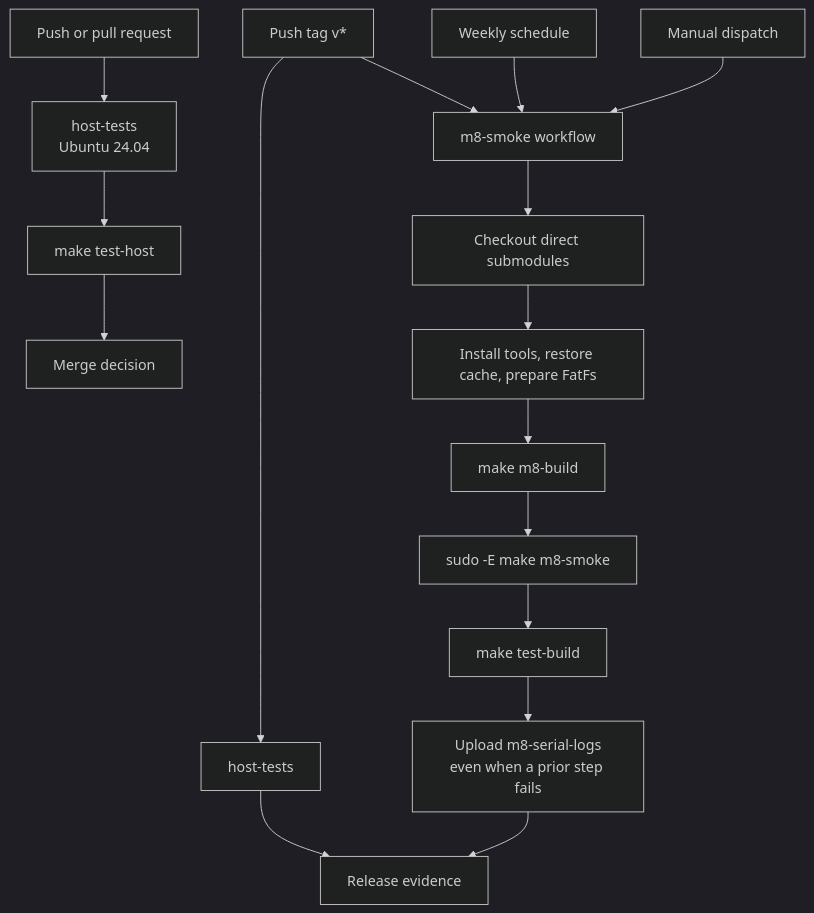
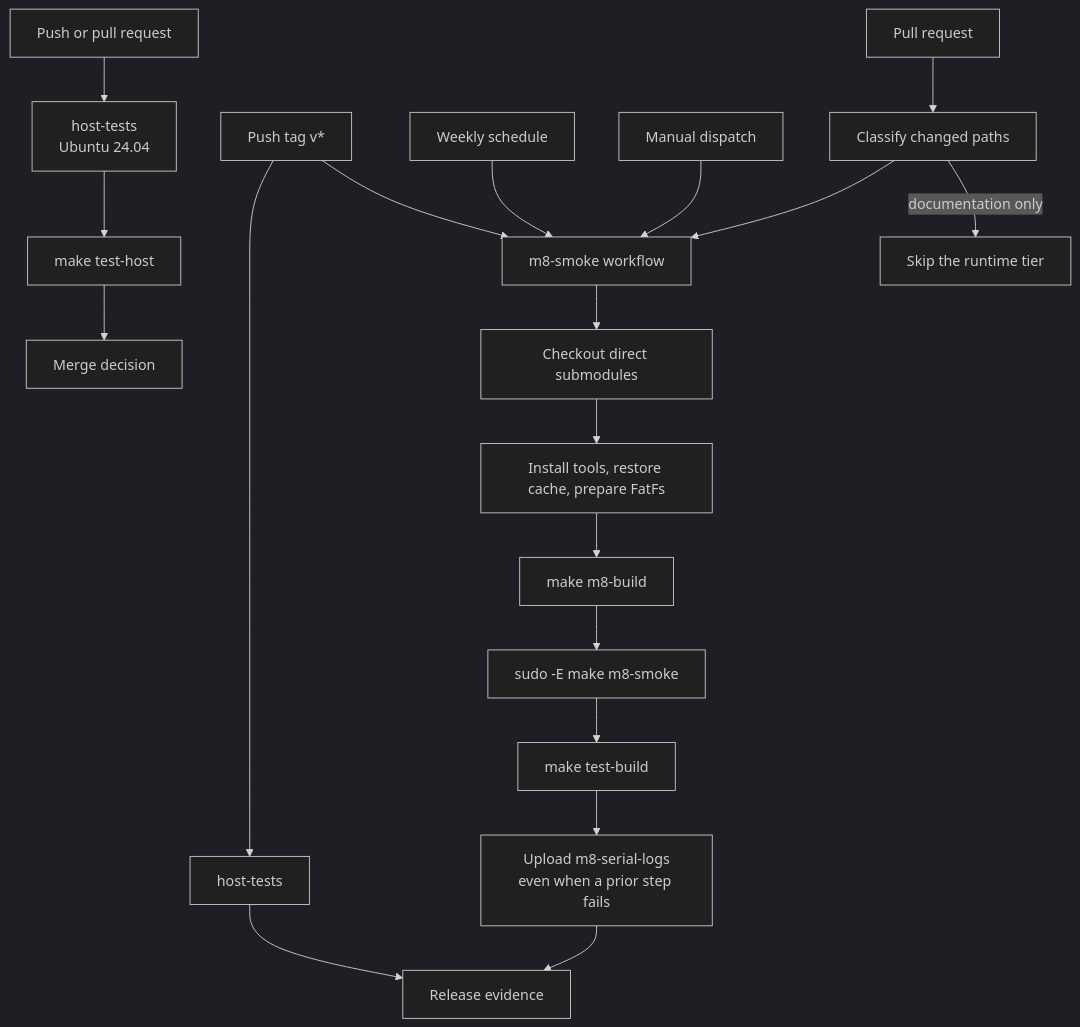
Before and after one commit to Quchaosheng/quard-star-riscv64-net: the sixth of 7 diagrams in README.md, drawn with Mermaid (dark theme). The commit also changed other lines of this file and 10 other files, not shown here.

````diff
--- a/README.md
+++ b/README.md
@@ -294,21 +294,24 @@
 ```mermaid
 flowchart TD
     CHANGE["Push or pull request"] --> HOST["host-tests<br/>Ubuntu 24.04"]
     HOST --> UNIT["make test-host"]
 
     TAG["Push tag v*"] --> TAGHOST["host-tests"]
     TAG --> M8["m8-smoke workflow"]
     WEEKLY["Weekly schedule"] --> M8
     MANUAL["Manual dispatch"] --> M8
+    PR["Pull request"] --> PATHS["Classify changed paths"]
+    PATHS --> M8
+    PATHS -->|"documentation only"| SKIP["Skip the runtime tier"]
 
     M8 --> CHECKOUT["Checkout direct submodules"]
     CHECKOUT --> DEPS["Install tools, restore cache, prepare FatFs"]
     DEPS --> BUILD["make m8-build"]
     BUILD --> SMOKE["sudo -E make m8-smoke"]
     SMOKE --> CONTRACTS["make test-build"]
     CONTRACTS --> ARTIFACT["Upload m8-serial-logs<br/>even when a prior step fails"]
 
     UNIT --> REVIEW["Merge decision"]
     TAGHOST --> RELEASE["Release evidence"]
     ARTIFACT --> RELEASE
 ```
````
